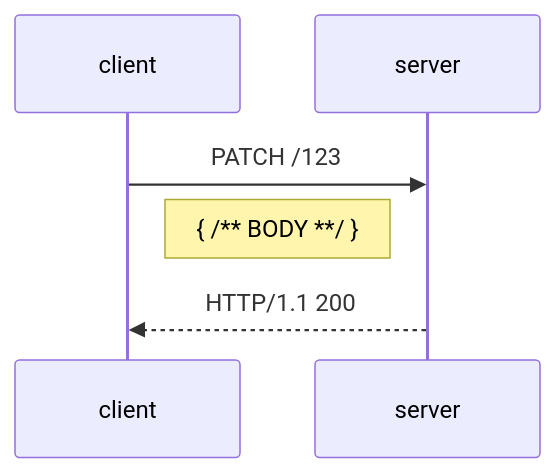
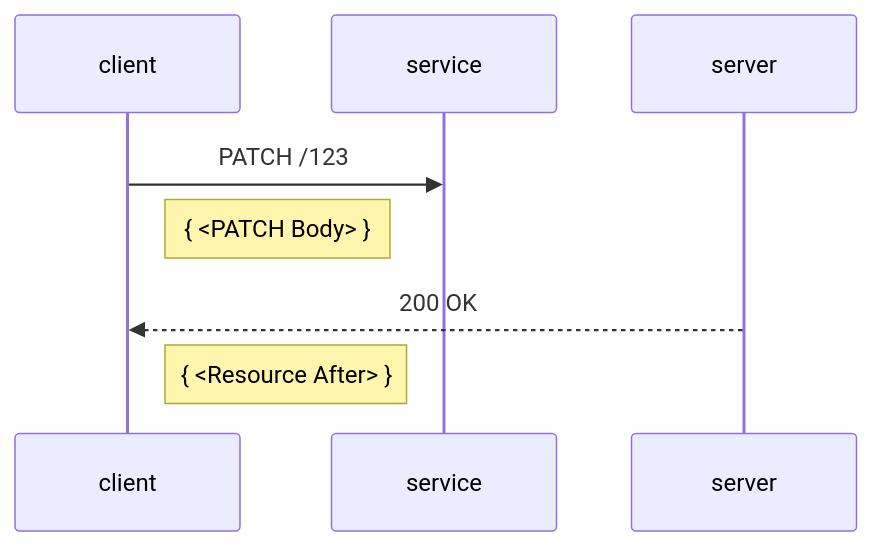
The diagram in patch-models/samples.md (annelo-msft/gists), drawn with Mermaid before and after one commit.

````diff
--- a/patch-models/samples.md
+++ b/patch-models/samples.md
@@ -73,6 +73,7 @@
 ```mermaid
 sequenceDiagram
-    client->>server: PATCH /123
-    Note right of client: { /** BODY **/ }
-    server-->>client: HTTP/1.1 200
+    client->>service: PATCH /123
+    Note right of client: { <PATCH Body> }
+    server-->>client: 200 OK
+    Note left of service: { <Resource After> }
 ```
````
